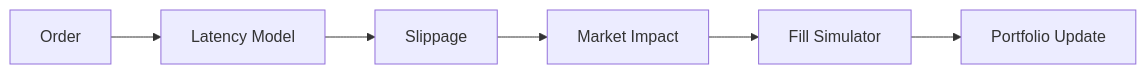
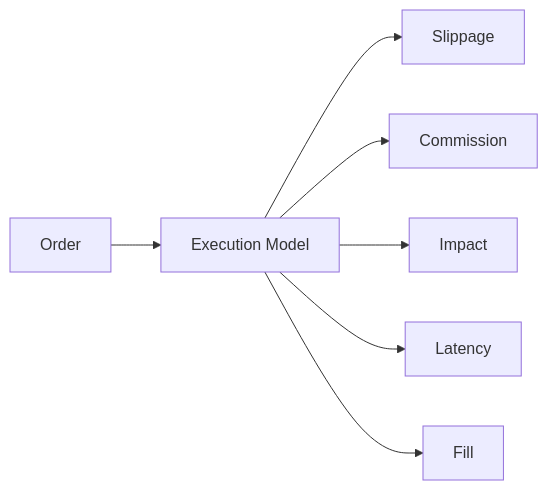
Before and after one commit to gregorian-09/regime-flow: the diagram in docs/explanation/execution-models.md, drawn with Mermaid. The commit also changed other lines of this file and 58 other files, not shown here.

````diff
--- a/docs/explanation/execution-models.md
+++ b/docs/explanation/execution-models.md
@@ -16,8 +7,9 @@
 ```mermaid
 flowchart LR
-  A[Order] --> B[Latency Model]
+  A[Order] --> B[Execution Model]
   B --> C[Slippage]
-  C --> D[Market Impact]
-  D --> E[Fill Simulator]
-  E --> F[Portfolio Update]
+  B --> D[Commission]
+  B --> E[Impact]
+  B --> F[Latency]
+  B --> G[Fill]
 ```
````
